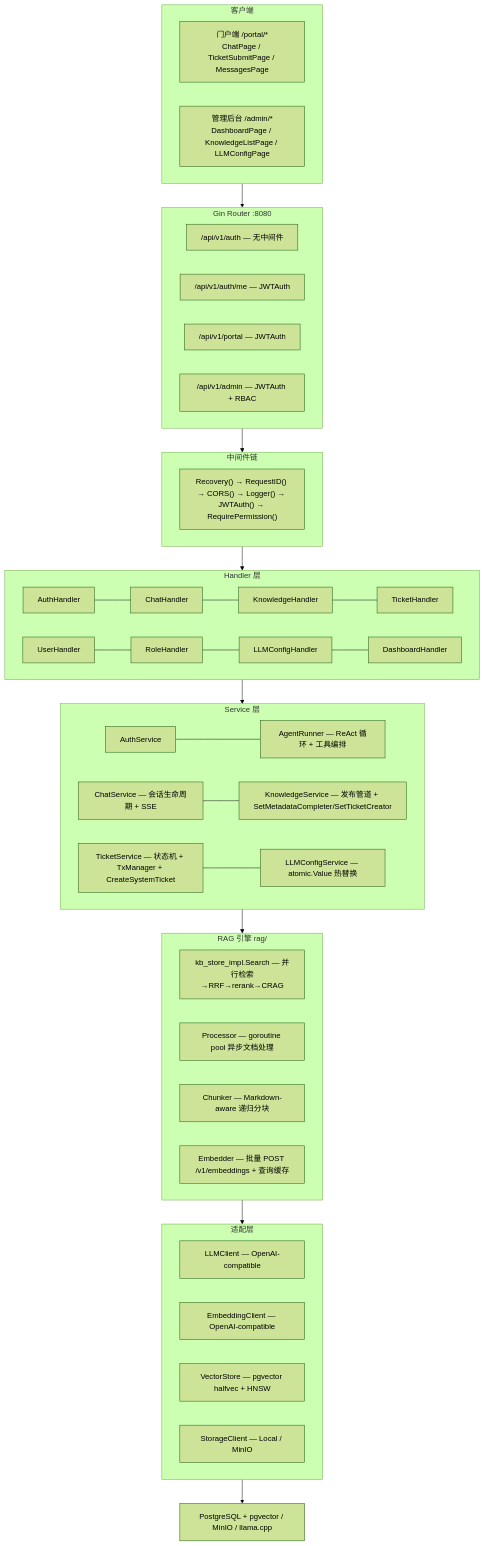
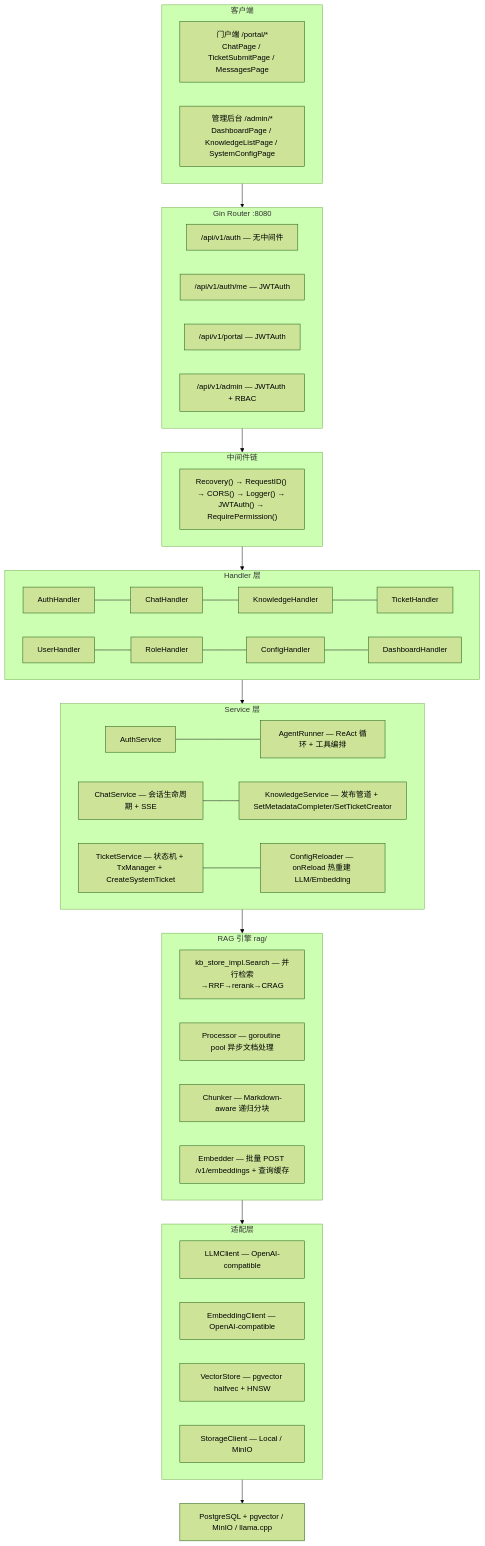
One commit to int2t05/Cognik changed the first of 11 diagrams in docs/TECH.md. Above: the diagram before and after it, drawn with Mermaid (forest theme). The commit also changed other lines of this file and 33 other files, not shown here.

````diff
--- a/docs/TECH.md
+++ b/docs/TECH.md
@@ -9,46 +9,46 @@
 ```mermaid
 flowchart TB
     subgraph Client["客户端"]
         Portal["门户端 /portal/*<br/>ChatPage / TicketSubmitPage / MessagesPage"]
-        Admin["管理后台 /admin/*<br/>DashboardPage / KnowledgeListPage / LLMConfigPage"]
+        Admin["管理后台 /admin/*<br/>DashboardPage / KnowledgeListPage / SystemConfigPage"]
     end
 
     subgraph Router["Gin Router :8080"]
         Public["/api/v1/auth — 无中间件"]
         JWTGroup["/api/v1/auth/me — JWTAuth"]
         PortalGroup["/api/v1/portal — JWTAuth"]
         AdminGroup["/api/v1/admin — JWTAuth + RBAC"]
     end
 
     subgraph MW["中间件链"]
         Recovery["Recovery() → RequestID() → CORS() → Logger() → JWTAuth() → RequirePermission()"]
     end
 
     subgraph Handler["Handler 层"]
         AH["AuthHandler"] --- CH["ChatHandler"] --- KH["KnowledgeHandler"] --- TH["TicketHandler"]
-        UH["UserHandler"] --- RH["RoleHandler"] --- LH["LLMConfigHandler"] --- DH["DashboardHandler"]
+        UH["UserHandler"] --- RH["RoleHandler"] --- CfgH["ConfigHandler"] --- DH["DashboardHandler"]
     end
 
     subgraph Service["Service 层"]
         AuthSvc["AuthService"] --- AgentSvc["AgentRunner — ReAct 循环 + 工具编排"]
         ChatSvc["ChatService — 会话生命周期 + SSE"] --- KnowledgeSvc["KnowledgeService — 发布管道 + SetMetadataCompleter/SetTicketCreator"]
-        TicketSvc["TicketService — 状态机 + TxManager + CreateSystemTicket"] --- LLMCfgSvc["LLMConfigService — atomic.Value 热替换"]
+        TicketSvc["TicketService — 状态机 + TxManager + CreateSystemTicket"] --- ConfigSvc["ConfigReloader — onReload 热重建 LLM/Embedding"]
     end
 
     subgraph RAG["RAG 引擎 rag/"]
         Search["kb_store_impl.Search — 并行检索→RRF→rerank→CRAG"]
         Processor["Processor — goroutine pool 异步文档处理"]
         Chunker["Chunker — Markdown-aware 递归分块"]
         Embedder["Embedder — 批量 POST /v1/embeddings + 查询缓存"]
     end
 
     subgraph Adapter["适配层"]
         LLM["LLMClient — OpenAI-compatible"]
         EMB["EmbeddingClient — OpenAI-compatible"]
         VEC["VectorStore — pgvector halfvec + HNSW"]
         STO["StorageClient — Local / MinIO"]
     end
 
     Client --> Router --> MW --> Handler --> Service --> RAG --> Adapter
     Adapter --> Infra["PostgreSQL + pgvector / MinIO / llama.cpp"]
 ```
````
